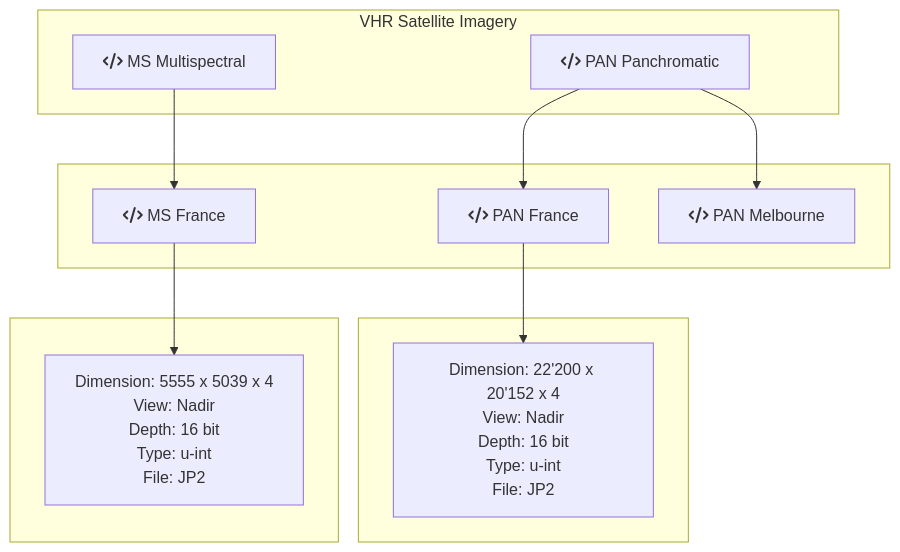
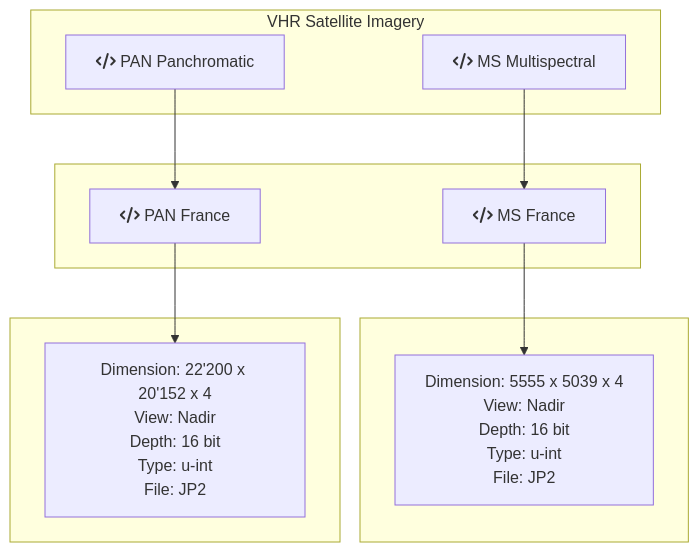
Before and after one commit to DippoldEJ/Satellite-Datasets: the diagram in Pleiades/README.md, drawn with Mermaid.

````diff
--- a/Pleiades/README.md
+++ b/Pleiades/README.md
@@ -7,37 +7,37 @@
 ```mermaid
 flowchart TD;
 
 subgraph VHR Satellite Imagery
     a[fa:fa-code MS Multispectral]
     b[fa:fa-code PAN Panchromatic]
     end
 
 subgraph  
     c[fa:fa-code MS France]
     d[fa:fa-code PAN France]
-    e[fa:fa-code PAN Melbourne]
+
     end
 
 subgraph  
     f["`Dimension: 5555 x 5039 x 4
     View: Nadir
     Depth: 16 bit
     Type: u-int
     File: JP2`"]
 end
 
 subgraph  
     g["`Dimension: 22'200 x 20'152 x 4
     View: Nadir
     Depth: 16 bit
     Type: u-int
     File: JP2`"]
 end
 
 c --> f
 a --> c
 b --> d
-b --> e
+
 d --> g
 
 ```
````
